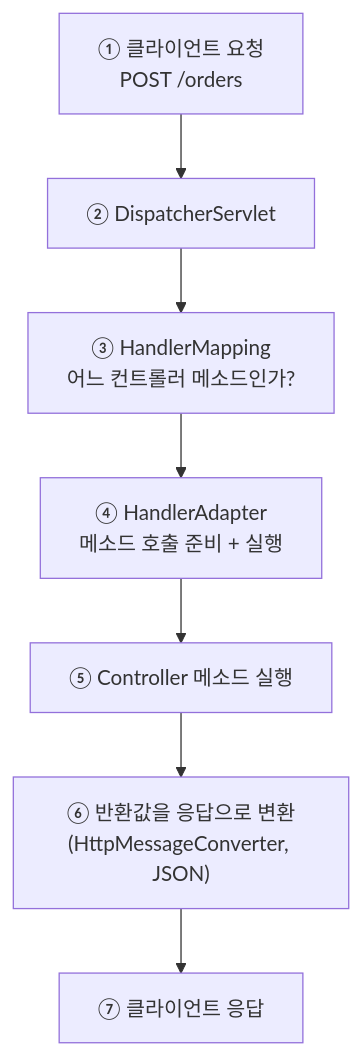
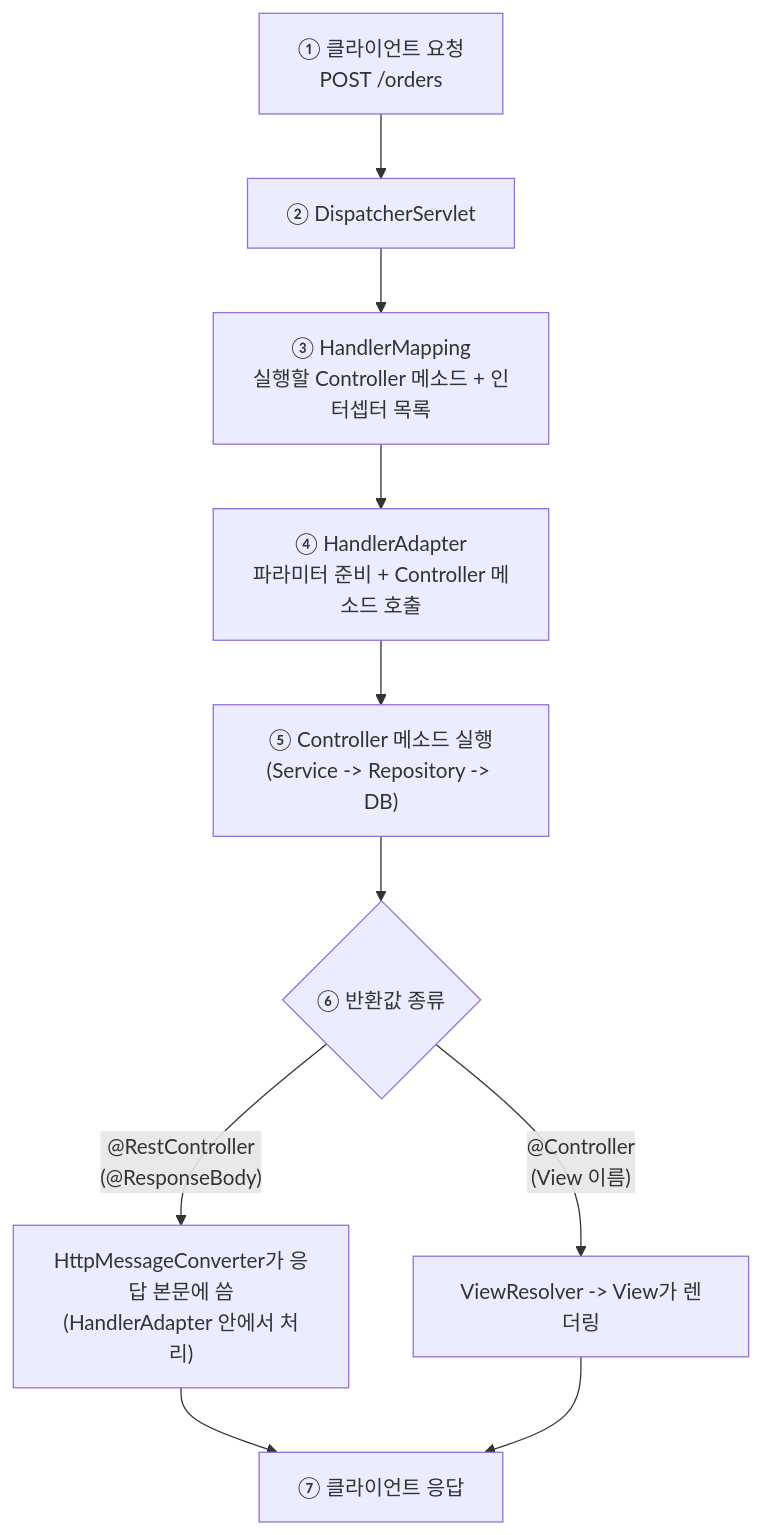
The second of 2 diagrams in content/Backend/Basics/Basics_W4.md (quazycrystal/quazycode), drawn with Mermaid before and after one commit. The commit also changed other lines of this file and 3 other files, not shown here.

````diff
--- a/content/Backend/Basics/Basics_W4.md
+++ b/content/Backend/Basics/Basics_W4.md
@@ -10,9 +63,12 @@
 ```mermaid
 flowchart TD
     A["① 클라이언트 요청<br/>POST /orders"] --> B["② DispatcherServlet"]
-    B --> C["③ HandlerMapping<br/>어느 컨트롤러 메소드인가?"]
-    C --> D["④ HandlerAdapter<br/>메소드 호출 준비 + 실행"]
-    D --> E["⑤ Controller 메소드 실행"]
-    E --> F["⑥ 반환값을 응답으로 변환<br/>(HttpMessageConverter, JSON)"]
-    F --> G["⑦ 클라이언트 응답"]
+    B --> C["③ HandlerMapping<br/>실행할 Controller 메소드 + 인터셉터 목록"]
+    C --> D["④ HandlerAdapter<br/>파라미터 준비 + Controller 메소드 호출"]
+    D --> E["⑤ Controller 메소드 실행<br/>(Service -> Repository -> DB)"]
+    E --> F{"⑥ 반환값 종류"}
+    F -->|"@RestController<br/>(@ResponseBody)"| G["HttpMessageConverter가 응답 본문에 씀<br/>(HandlerAdapter 안에서 처리)"]
+    F -->|"@Controller<br/>(View 이름)"| H["ViewResolver -> View가 렌더링"]
+    G --> I["⑦ 클라이언트 응답"]
+    H --> I
 ```
````
